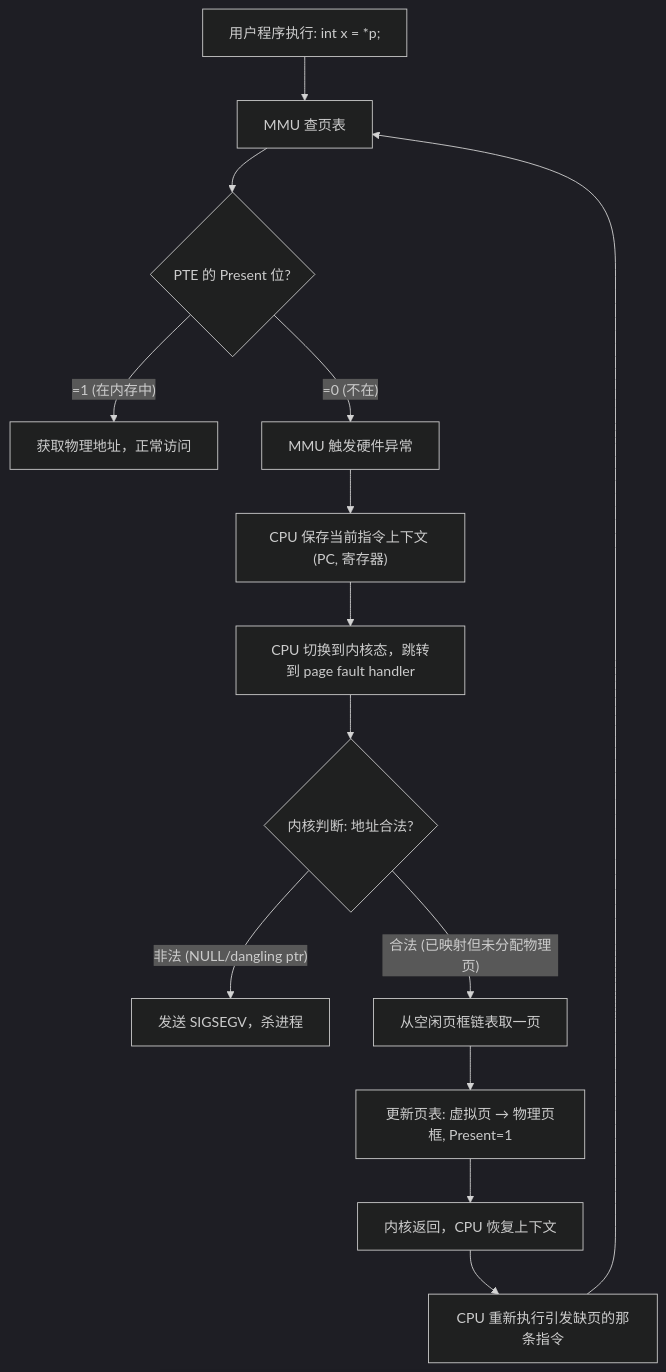
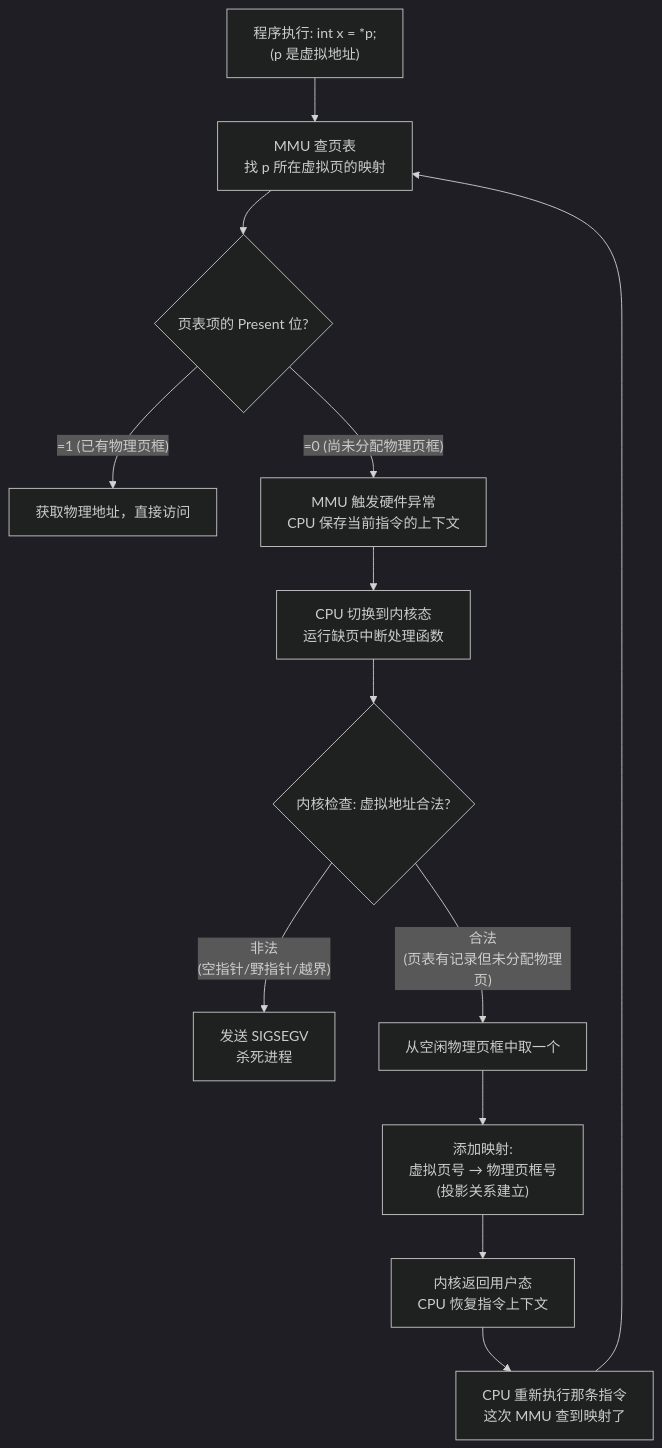
One commit to missercatos/RootStack changed the second of 3 diagrams in 操作系统/F_内存管理.md. Above: the diagram before and after it, drawn with Mermaid (dark theme). The commit also changed other lines of this file and 97 other files, not shown here.

````diff
--- a/操作系统/F_内存管理.md
+++ b/操作系统/F_内存管理.md
@@ -67,16 +74,15 @@
 ```mermaid
 flowchart TD
-    A["用户程序执行: int x = *p;"] --> B["MMU 查页表"]
-    B --> C{"PTE 的 Present 位?"}
-    C -->|"=1 (在内存中)"| D["获取物理地址，正常访问"]
-    C -->|"=0 (不在)"| E["MMU 触发硬件异常"]
-    E --> F["CPU 保存当前指令上下文 (PC, 寄存器)"]
-    F --> G["CPU 切换到内核态，跳转到 page fault handler"]
-    G --> H{"内核判断: 地址合法?"}
-    H -->|"非法 (NULL/dangling ptr)"| I["发送 SIGSEGV，杀进程"]
-    H -->|"合法 (已映射但未分配物理页)"| J["从空闲页框链表取一页"]
-    J --> K["更新页表: 虚拟页 → 物理页框, Present=1"]
-    K --> L["内核返回，CPU 恢复上下文"]
-    L --> M["CPU 重新执行引发缺页的那条指令"]
-    M --> B
+    A["程序执行: int x = *p;<br/>(p 是虚拟地址)"] --> B["MMU 查页表<br/>找 p 所在虚拟页的映射"]
+    B --> C{"页表项的 Present 位?"}
+    C -->|"=1 (已有物理页框)"| D["获取物理地址，直接访问"]
+    C -->|"=0 (尚未分配物理页框)"| E["MMU 触发硬件异常<br/>CPU 保存当前指令的上下文"]
+    E --> F["CPU 切换到内核态<br/>运行缺页中断处理函数"]
+    F --> G{"内核检查: 虚拟地址合法?"}
+    G -->|"非法<br/>(空指针/野指针/越界)"| H["发送 SIGSEGV<br/>杀死进程"]
+    G -->|"合法<br/>(页表有记录但未分配物理页)"| I["从空闲物理页框中取一个"]
+    I --> J["添加映射:<br/>虚拟页号 → 物理页框号<br/>(投影关系建立)"]
+    J --> K["内核返回用户态<br/>CPU 恢复指令上下文"]
+    K --> L["CPU 重新执行那条指令<br/>这次 MMU 查到映射了"]
+    L --> B
 ```
````
